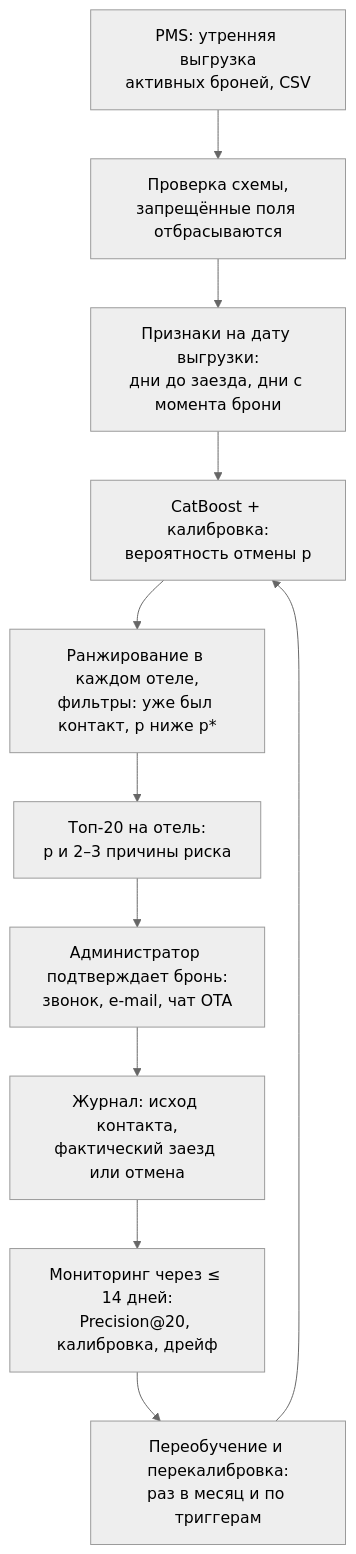
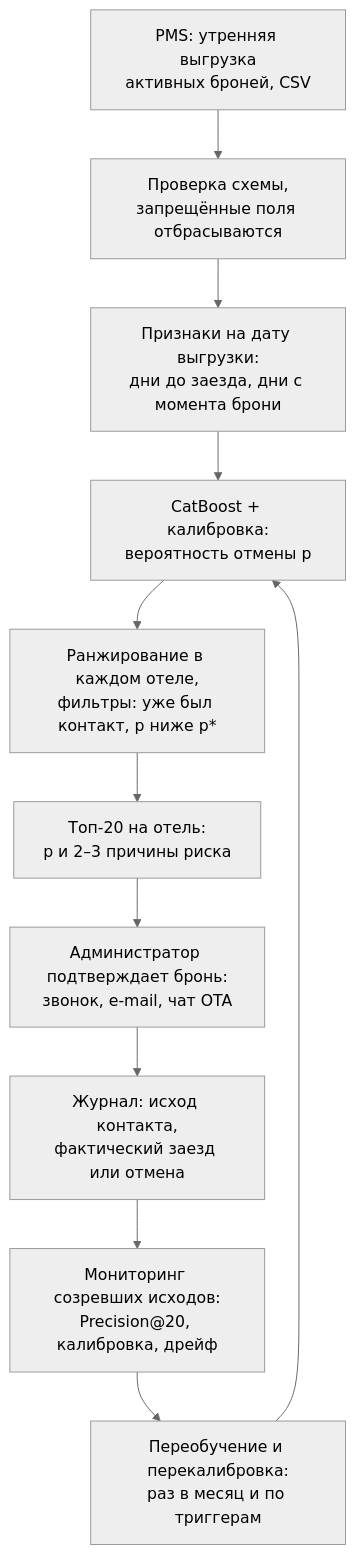
Before and after one commit to afafos/mlsd-hotel-cancellation-itmo: the second of 2 diagrams in docs/ml_system_design_doc.md, drawn with Mermaid (neutral theme). The commit also changed other lines of this file and 39 other files, not shown here.

````diff
--- a/docs/ml_system_design_doc.md
+++ b/docs/ml_system_design_doc.md
@@ -285,13 +273,13 @@
 ```mermaid
 flowchart TD
     pms["PMS: утренняя выгрузка<br/>активных броней, CSV"] --> check["Проверка схемы,<br/>запрещённые поля отбрасываются"]
     check --> asof["Признаки на дату выгрузки:<br/>дни до заезда, дни с момента брони"]
     asof --> score["CatBoost + калибровка:<br/>вероятность отмены p"]
     score --> ranking["Ранжирование в каждом отеле,<br/>фильтры: уже был контакт, p ниже p*"]
     ranking --> shortlist["Топ-20 на отель:<br/>p и 2–3 причины риска"]
     shortlist --> admin["Администратор подтверждает бронь:<br/>звонок, e-mail, чат OTA"]
     admin --> journal["Журнал: исход контакта,<br/>фактический заезд или отмена"]
-    journal --> monitor["Мониторинг через ≤ 14 дней:<br/>Precision@20, калибровка, дрейф"]
+    journal --> monitor["Мониторинг созревших исходов:<br/>Precision@20, калибровка, дрейф"]
     monitor --> retrain["Переобучение и перекалибровка:<br/>раз в месяц и по триггерам"]
     retrain --> score
 ```
````
